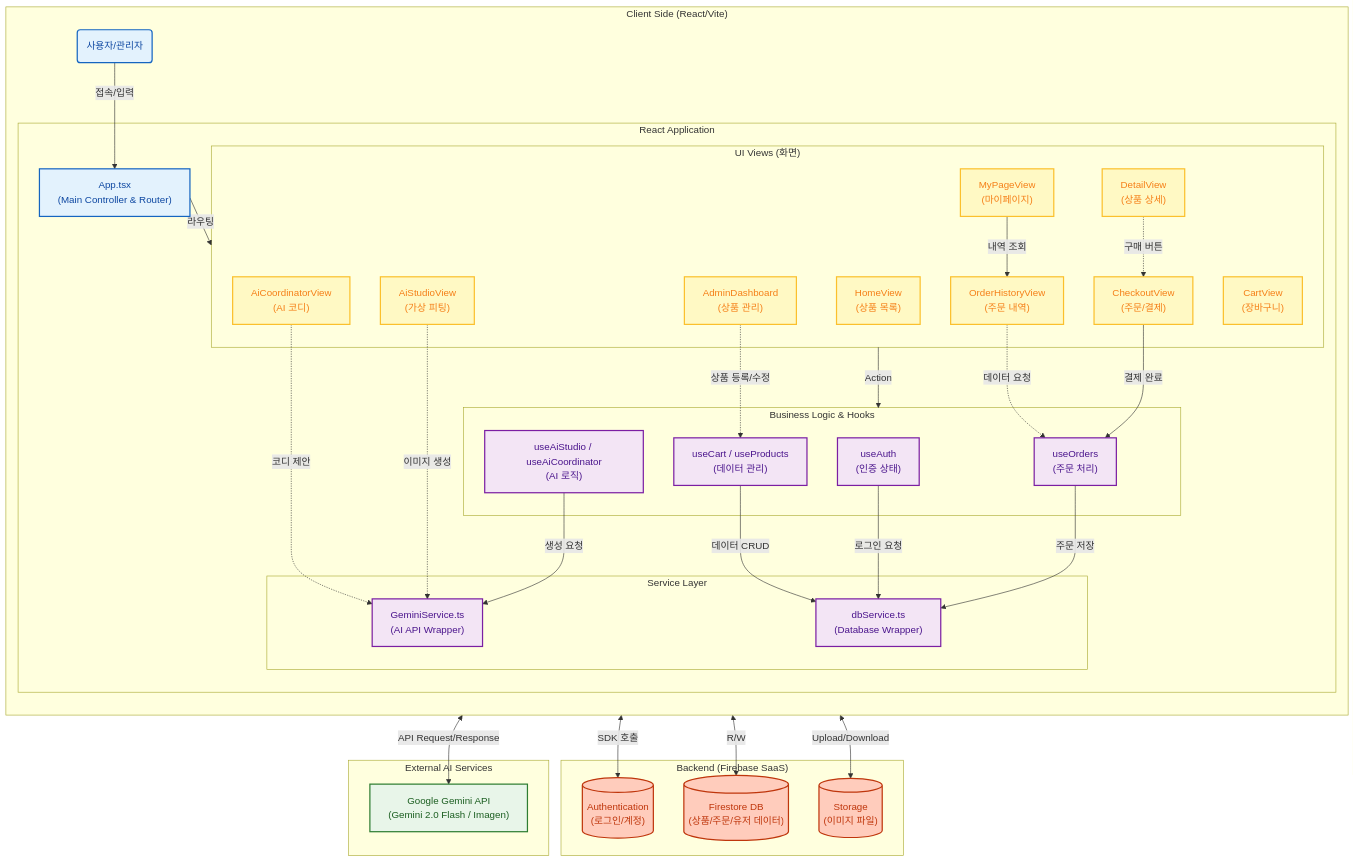
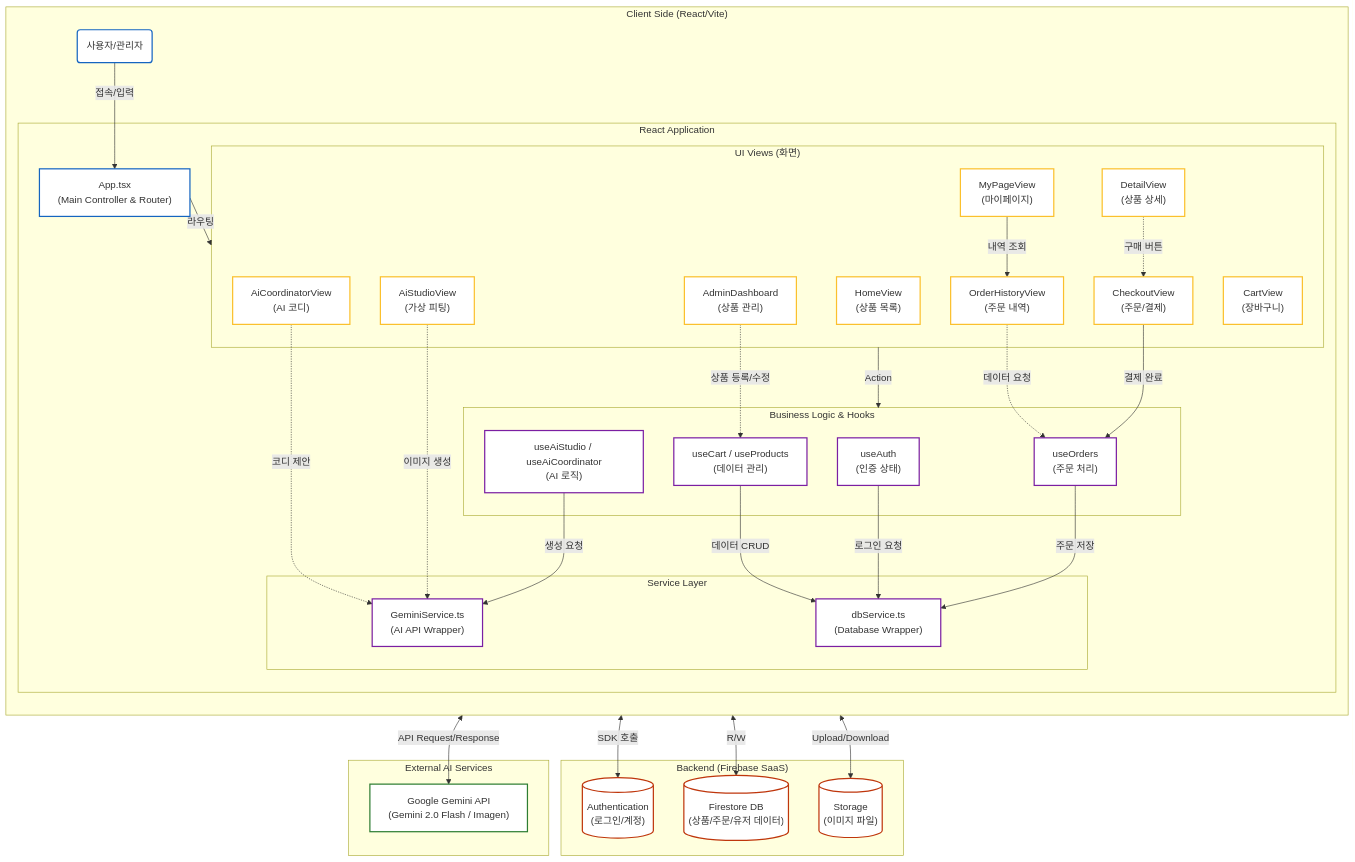
Before and after one commit to ABE0402/shopping-app: the diagram in README.md, drawn with Mermaid.

````diff
--- a/README.md
+++ b/README.md
@@ -98,11 +98,11 @@
 ```mermaid
 graph TD
-    %% 스타일 정의
-    classDef client fill:#e3f2fd,stroke:#1565c0,stroke-width:2px,color:#0d47a1;
-    classDef view fill:#fff9c4,stroke:#fbc02d,stroke-width:2px,color:#f57f17;
-    classDef service fill:#f3e5f5,stroke:#7b1fa2,stroke-width:2px,color:#4a148c;
-    classDef firebase fill:#ffccbc,stroke:#bf360c,stroke-width:2px,color:#bf360c;
-    classDef external fill:#e8f5e9,stroke:#2e7d32,stroke-width:2px,color:#1b5e20;
+    %% 스타일 정의 (배경은 흰색, 테두리로 구분)
+    classDef client fill:#ffffff,stroke:#1565c0,stroke-width:2px,color:#333333;
+    classDef view fill:#ffffff,stroke:#fbc02d,stroke-width:2px,color:#333333;
+    classDef service fill:#ffffff,stroke:#7b1fa2,stroke-width:2px,color:#333333;
+    classDef firebase fill:#ffffff,stroke:#bf360c,stroke-width:2px,color:#333333;
+    classDef external fill:#ffffff,stroke:#2e7d32,stroke-width:2px,color:#333333;
 
     %% 1. Client 영역
     subgraph Client ["Client Side (React/Vite)"]
@@ -159,7 +159,7 @@
     %% 뷰와 로직 연결
     Views -->|Action| Logic
     
-    %% 구매 프로세스 흐름 추가
+    %% 구매 프로세스 흐름
     Detail -.->|구매 버튼| Checkout
     Checkout -->|결제 완료| OrderLogic
     OrderLogic -->|주문 저장| DBService
````
